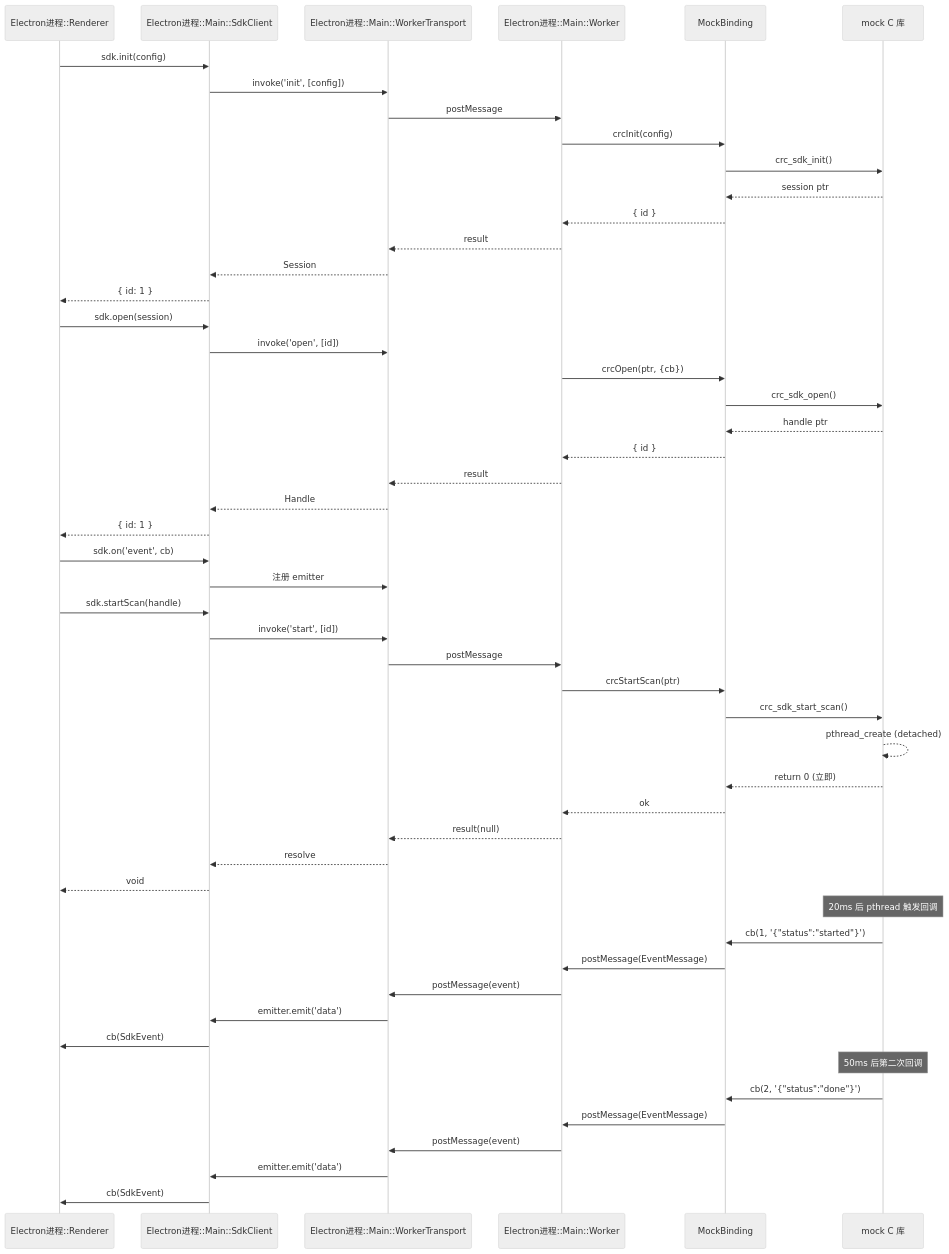
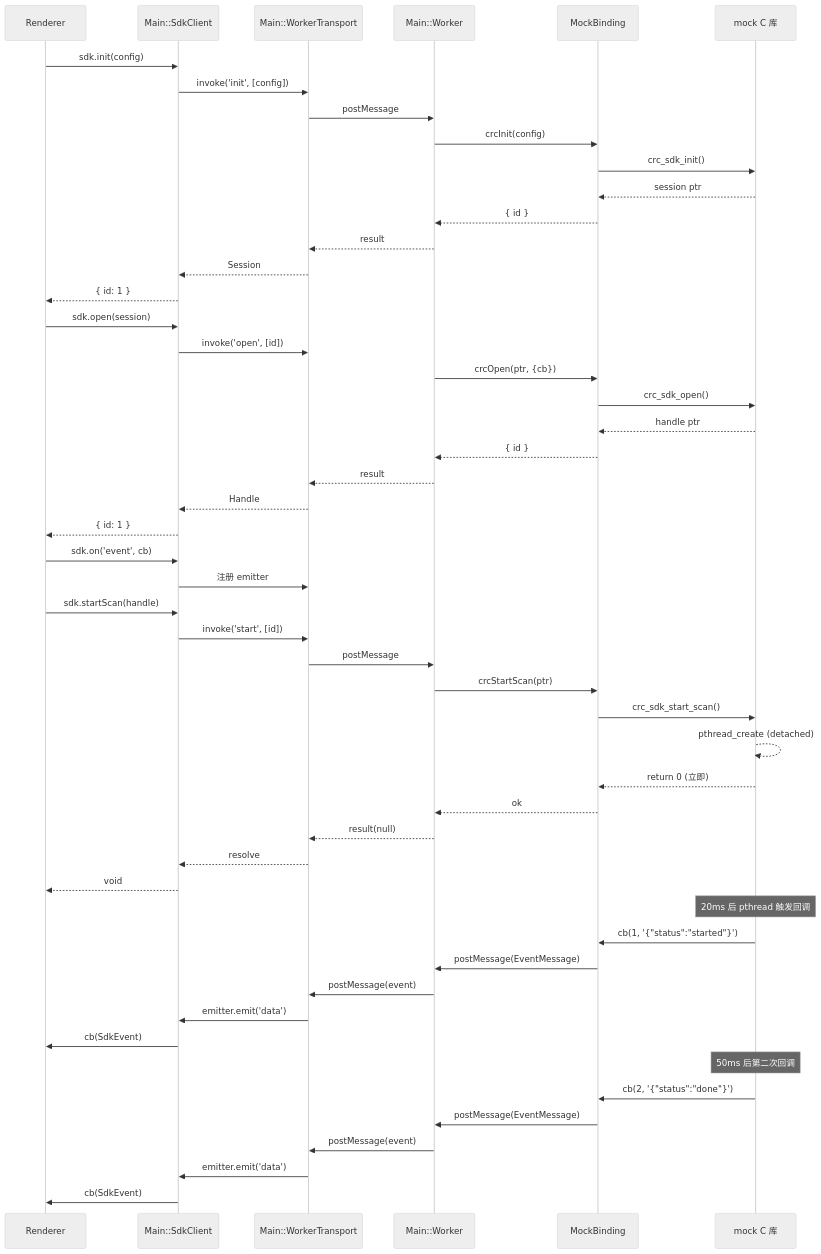
One commit to lupnfer/vue_with_csdk changed the third of 12 diagrams in docs/architecture-diagrams.md. Above: the diagram before and after it, drawn with Mermaid (neutral theme). The commit also changed other lines of this file, not shown here.

First line of the commit message:
docs: 时序图 participant 改为进程名::模块名格式

````diff
--- a/docs/architecture-diagrams.md
+++ b/docs/architecture-diagrams.md
@@ -129,59 +129,59 @@
 ```mermaid
 sequenceDiagram
-    participant R as Electron进程::Renderer
-    participant M as Electron进程::Main::SdkClient
-    participant T as Electron进程::Main::WorkerTransport
-    participant W as Electron进程::Main::Worker
+    participant R as Renderer
+    participant M as Main::SdkClient
+    participant T as Main::WorkerTransport
+    participant W as Main::Worker
     participant B as MockBinding
     participant C as mock C 库
 
     R->>M: sdk.init(config)
     M->>T: invoke('init', [config])
     T->>W: postMessage
     W->>B: crcInit(config)
     B->>C: crc_sdk_init()
     C-->>B: session ptr
     B-->>W: { id }
     W-->>T: result
     T-->>M: Session
     M-->>R: { id: 1 }
 
     R->>M: sdk.open(session)
     M->>T: invoke('open', [id])
     W->>B: crcOpen(ptr, {cb})
     B->>C: crc_sdk_open()
     C-->>B: handle ptr
     B-->>W: { id }
     W-->>T: result
     T-->>M: Handle
     M-->>R: { id: 1 }
 
     R->>M: sdk.on('event', cb)
     M->>T: 注册 emitter
 
     R->>M: sdk.startScan(handle)
     M->>T: invoke('start', [id])
     T->>W: postMessage
     W->>B: crcStartScan(ptr)
     B->>C: crc_sdk_start_scan()
     C-->>C: pthread_create (detached)
     C-->>B: return 0 (立即)
     B-->>W: ok
     W-->>T: result(null)
     T-->>M: resolve
     M-->>R: void
 
     Note over C: 20ms 后 pthread 触发回调
     C->>B: cb(1, '{"status":"started"}')
     B->>W: postMessage(EventMessage)
     W->>T: postMessage(event)
     T->>M: emitter.emit('data')
     M->>R: cb(SdkEvent)
 
     Note over C: 50ms 后第二次回调
     C->>B: cb(2, '{"status":"done"}')
     B->>W: postMessage(EventMessage)
     W->>T: postMessage(event)
     T->>M: emitter.emit('data')
     M->>R: cb(SdkEvent)
 ```
````
